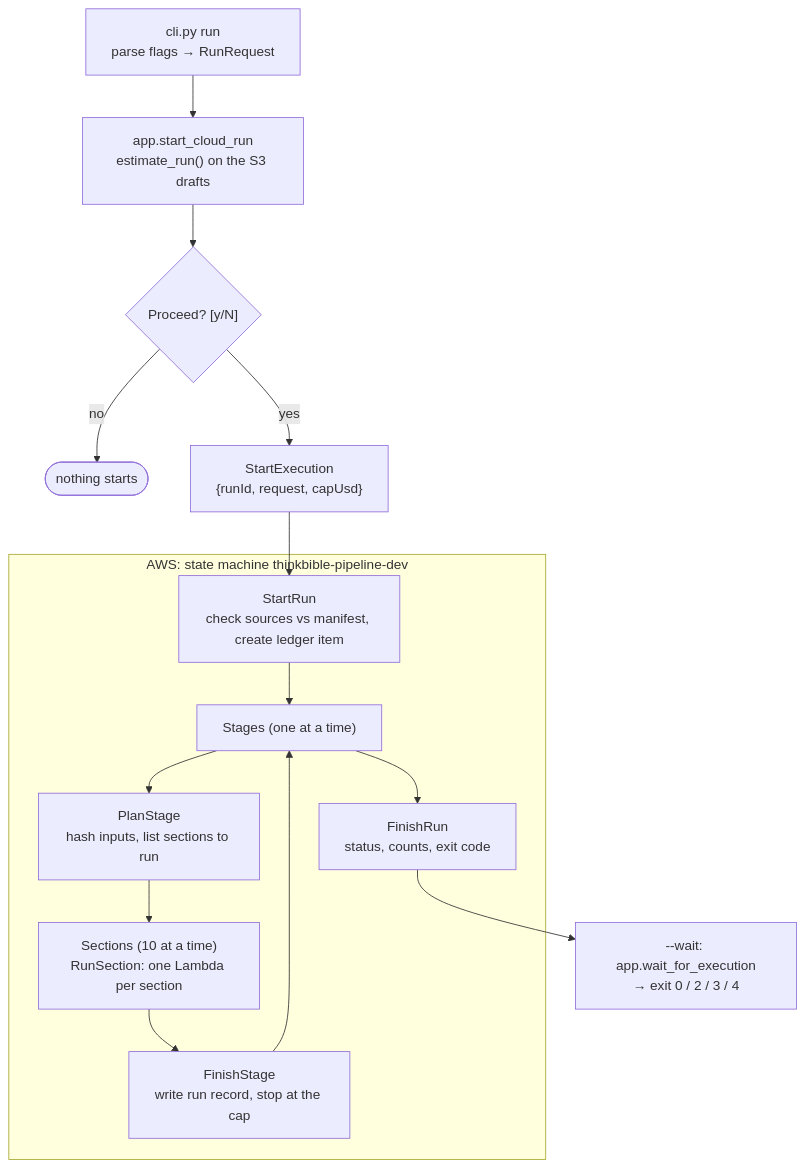
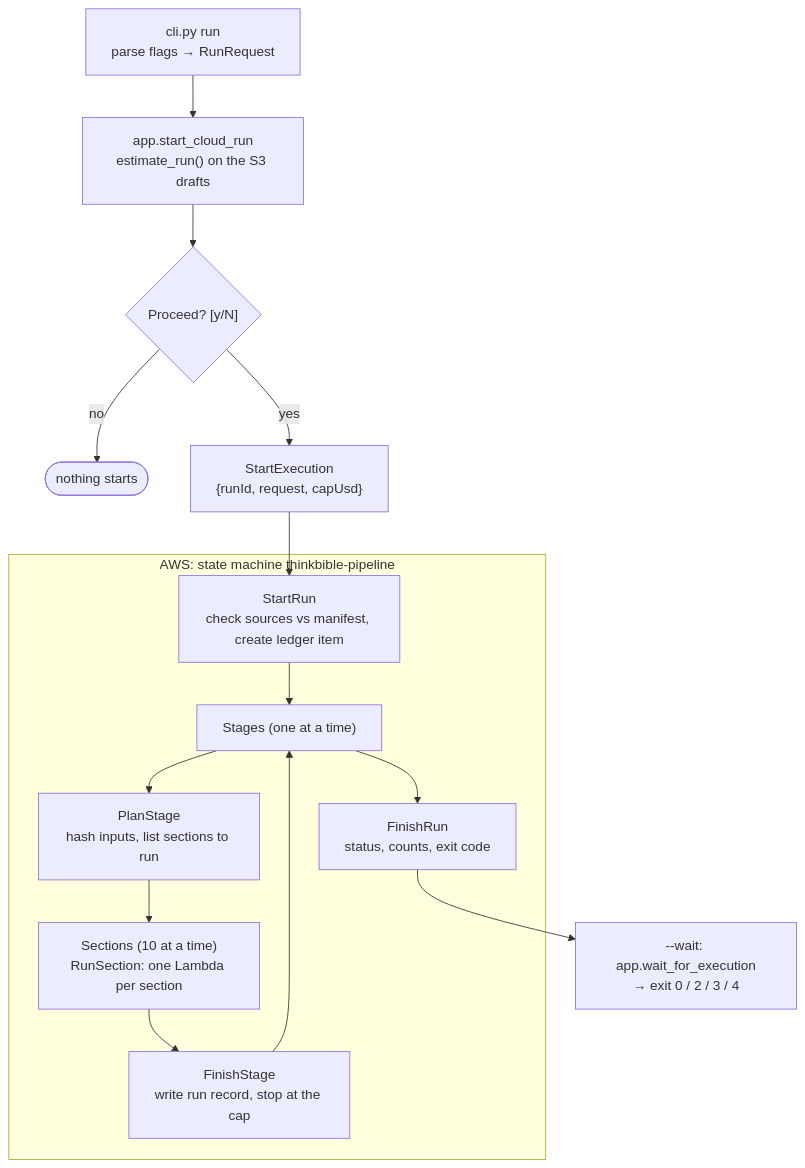
Before and after one commit to austin-english/thinkBible: the first of 2 diagrams in pipeline/src/thinkbible_pipeline/README.md, drawn with Mermaid. The commit also changed other lines of this file and 36 other files, not shown here.

````diff
--- a/pipeline/src/thinkbible_pipeline/README.md
+++ b/pipeline/src/thinkbible_pipeline/README.md
@@ -92,20 +92,20 @@
 ```mermaid
 flowchart TD
     CLI["cli.py run<br/>parse flags → RunRequest"] --> EST["app.start_cloud_run<br/>estimate_run() on the S3 drafts"]
     EST --> OK{"Proceed? [y/N]"}
     OK -- no --> STOP(["nothing starts"])
     OK -- yes --> SFN["StartExecution<br/>{runId, request, capUsd}"]
 
-    subgraph aws ["AWS: state machine thinkbible-pipeline-dev"]
+    subgraph aws ["AWS: state machine thinkbible-pipeline"]
         SR["StartRun<br/>check sources vs manifest, create ledger item"]
         SR --> ST["Stages (one at a time)"]
         ST --> PS["PlanStage<br/>hash inputs, list sections to run"]
         PS --> SEC["Sections (10 at a time)<br/>RunSection: one Lambda per section"]
         SEC --> FS["FinishStage<br/>write run record, stop at the cap"]
         FS --> ST
         ST --> FR["FinishRun<br/>status, counts, exit code"]
     end
 
     SFN --> SR
     FR --> WAIT["--wait: app.wait_for_execution<br/>→ exit 0 / 2 / 3 / 4"]
 ```
````
